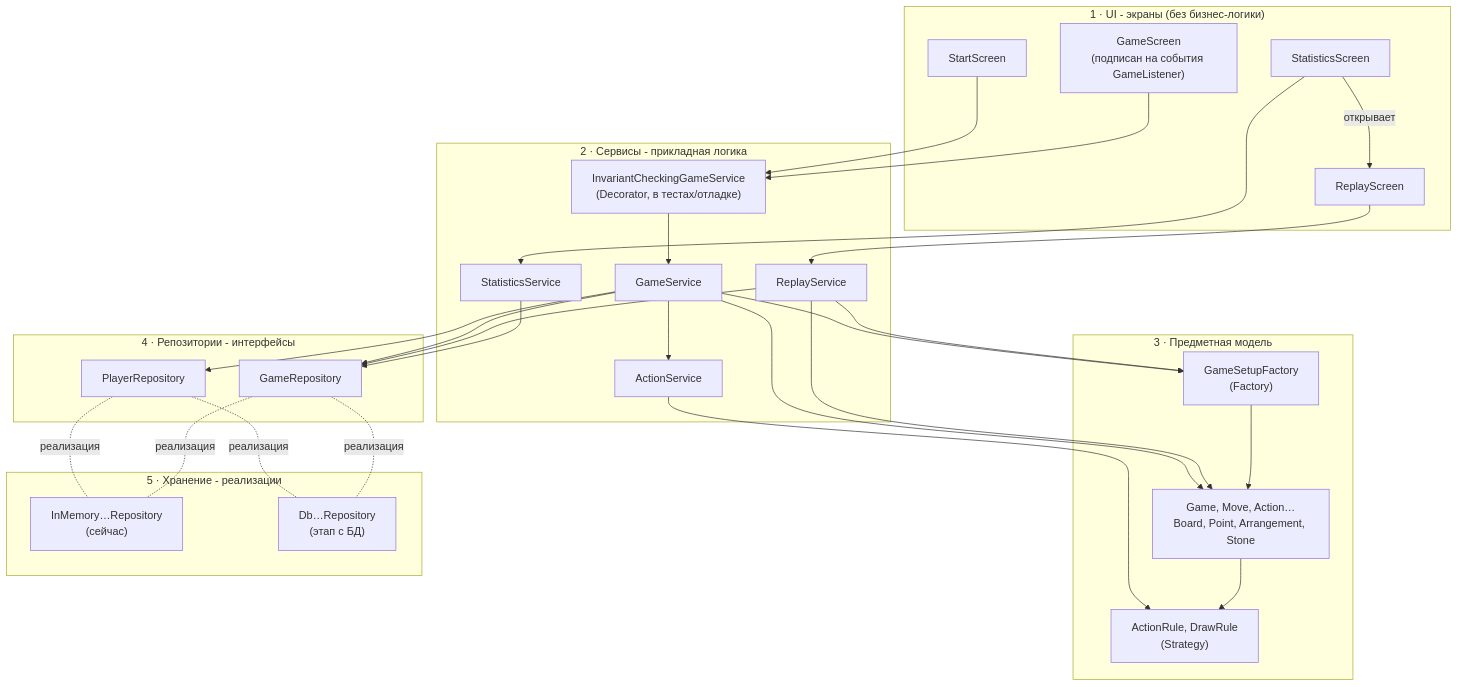
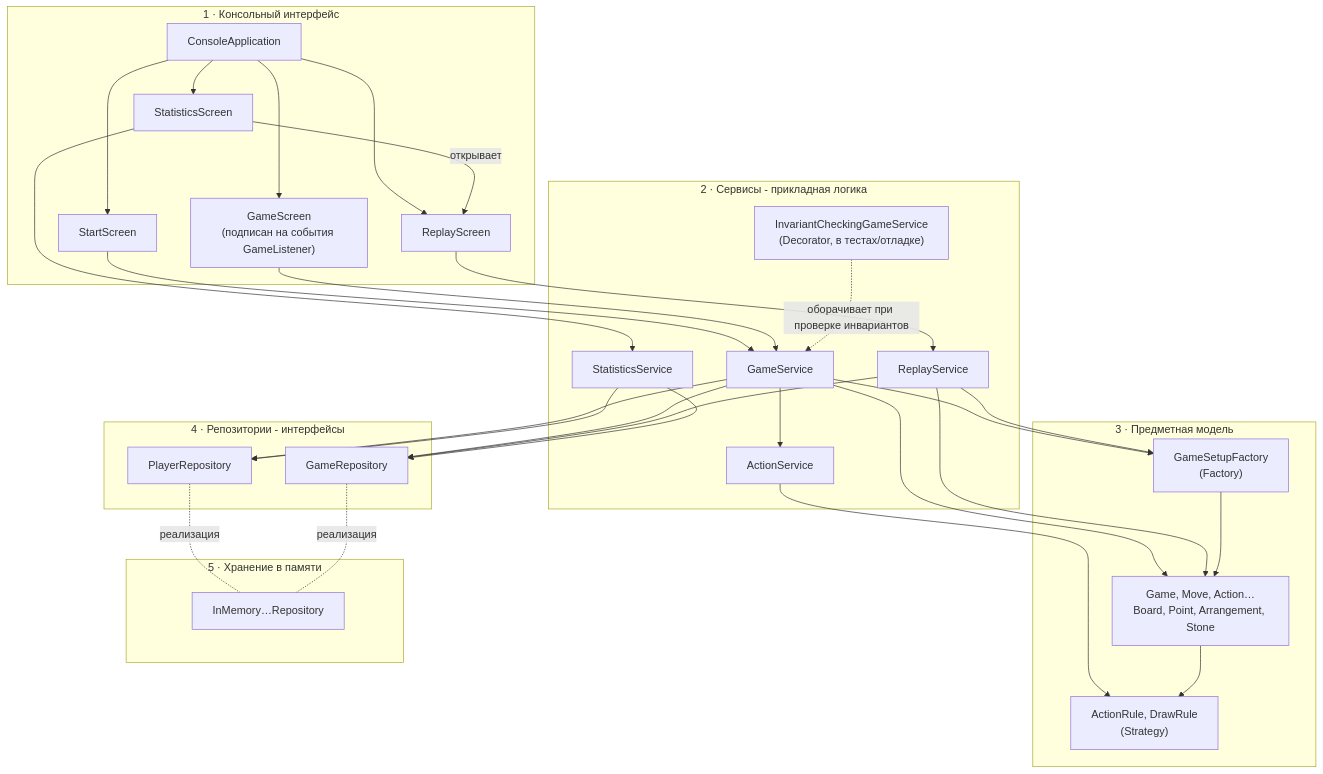
Before and after one commit to imaxde/fanorona-case: the first of 3 diagrams in README.md, drawn with Mermaid. The commit also changed other lines of this file and 47 other files, not shown here.

````diff
--- a/README.md
+++ b/README.md
@@ -70,59 +70,62 @@
 ```mermaid
 flowchart TB
-    subgraph UI["1 · UI - экраны (без бизнес-логики)"]
+    subgraph UI["1 · Консольный интерфейс"]
+        Console[ConsoleApplication]
         Start[StartScreen]
         Play["GameScreen<br/>(подписан на события GameListener)"]
         Stats[StatisticsScreen]
         Replay[ReplayScreen]
     end
 
     subgraph APP["2 · Сервисы - прикладная логика"]
         Inv["InvariantCheckingGameService<br/>(Decorator, в тестах/отладке)"]
         GS[GameService]
         AS[ActionService]
         RS[ReplayService]
         SS[StatisticsService]
     end
 
     subgraph DOM["3 · Предметная модель"]
         Factory["GameSetupFactory<br/>(Factory)"]
         Game["Game, Move, Action…<br/>Board, Point, Arrangement, Stone"]
         Rules["ActionRule, DrawRule<br/>(Strategy)"]
     end
 
     subgraph REPO["4 · Репозитории - интерфейсы"]
         PR[PlayerRepository]
         GR[GameRepository]
     end
 
-    subgraph INFRA["5 · Хранение - реализации"]
-        Mem["InMemory…Repository<br/>(сейчас)"]
-        Db["Db…Repository<br/>(этап с БД)"]
+    subgraph INFRA["5 · Хранение в памяти"]
+        Mem[InMemory…Repository]
     end
 
-    Start --> Inv
-    Play --> Inv
+    Console --> Start
+    Console --> Play
+    Console --> Stats
+    Console --> Replay
+    Start --> GS
+    Play --> GS
     Stats --> SS
     Stats -- открывает --> Replay
     Replay --> RS
-    Inv --> GS
+    Inv -. оборачивает при проверке инвариантов .-> GS
 
     GS --> AS
     GS --> Factory
     RS --> Factory
     AS --> Rules
     GS --> Game
     RS --> Game
     Factory --> Game
     Game --> Rules
 
     GS --> PR
     GS --> GR
     RS --> GR
     SS --> GR
+    SS --> PR
 
     PR -. реализация .- Mem
     GR -. реализация .- Mem
-    PR -. реализация .- Db
-    GR -. реализация .- Db
 ```
````
